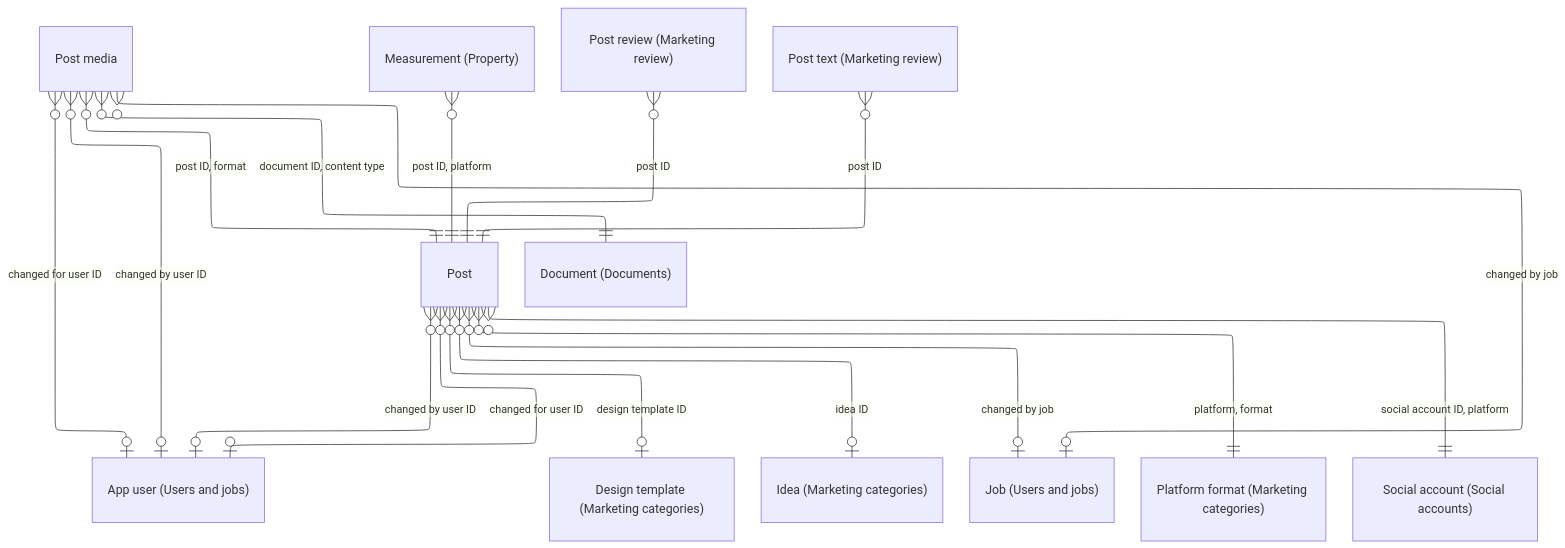
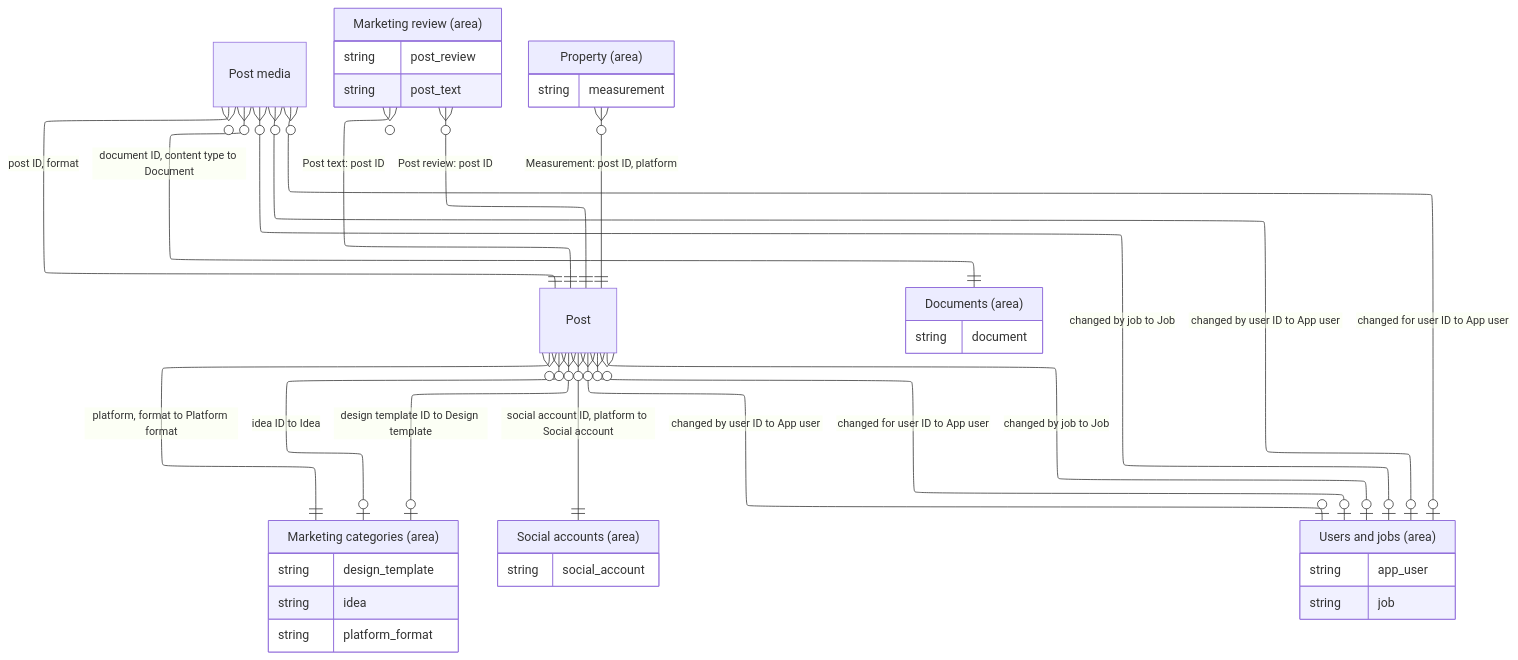
The diagram in docs/database/tables/viewpoint-marketing-posts.md (DoctorCRE/doctorcre-engine), drawn with Mermaid before and after one commit. The commit also changed 152 other files, not shown here.

````diff
--- a/docs/database/tables/viewpoint-marketing-posts.md
+++ b/docs/database/tables/viewpoint-marketing-posts.md
@@ -3,27 +3,49 @@
 ```mermaid
 ---
 config:
   layout: elk
   er:
     nodeSpacing: 22
     rankSpacing: 44
 ---
 erDiagram
   "Post"
   "Post media"
-  "Measurement (Property)" }o--|| "Post" : "post ID, platform"
-  "Post" }o--o| "App user (Users and jobs)" : "changed by user ID"
-  "Post" }o--o| "App user (Users and jobs)" : "changed for user ID"
-  "Post" }o--o| "Design template (Marketing categories)" : "design template ID"
-  "Post" }o--o| "Idea (Marketing categories)" : "idea ID"
-  "Post" }o--o| "Job (Users and jobs)" : "changed by job"
-  "Post" }o--|| "Platform format (Marketing categories)" : "platform, format"
-  "Post" }o--|| "Social account (Social accounts)" : "social account ID, platform"
-  "Post media" }o--o| "App user (Users and jobs)" : "changed by user ID"
-  "Post media" }o--o| "App user (Users and jobs)" : "changed for user ID"
-  "Post media" }o--|| "Document (Documents)" : "document ID, content type"
-  "Post media" }o--o| "Job (Users and jobs)" : "changed by job"
+  "Documents (area)" {
+    string document
+  }
+  "Marketing categories (area)" {
+    string design_template
+    string idea
+    string platform_format
+  }
+  "Marketing review (area)" {
+    string post_review
+    string post_text
+  }
+  "Property (area)" {
+    string measurement
+  }
+  "Social accounts (area)" {
+    string social_account
+  }
+  "Users and jobs (area)" {
+    string app_user
+    string job
+  }
+  "Property (area)" }o--|| "Post" : "Measurement: post ID, platform"
+  "Post" }o--o| "Users and jobs (area)" : "changed by user ID to App user"
+  "Post" }o--o| "Users and jobs (area)" : "changed for user ID to App user"
+  "Post" }o--o| "Marketing categories (area)" : "design template ID to Design template"
+  "Post" }o--o| "Marketing categories (area)" : "idea ID to Idea"
+  "Post" }o--o| "Users and jobs (area)" : "changed by job to Job"
+  "Post" }o--|| "Marketing categories (area)" : "platform, format to Platform format"
+  "Post" }o--|| "Social accounts (area)" : "social account ID, platform to Social account"
+  "Post media" }o--o| "Users and jobs (area)" : "changed by user ID to App user"
+  "Post media" }o--o| "Users and jobs (area)" : "changed for user ID to App user"
+  "Post media" }o--|| "Documents (area)" : "document ID, content type to Document"
+  "Post media" }o--o| "Users and jobs (area)" : "changed by job to Job"
   "Post media" }o--|| "Post" : "post ID, format"
-  "Post review (Marketing review)" }o--|| "Post" : "post ID"
-  "Post text (Marketing review)" }o--|| "Post" : "post ID"
+  "Marketing review (area)" }o--|| "Post" : "Post review: post ID"
+  "Marketing review (area)" }o--|| "Post" : "Post text: post ID"
 ```
````
